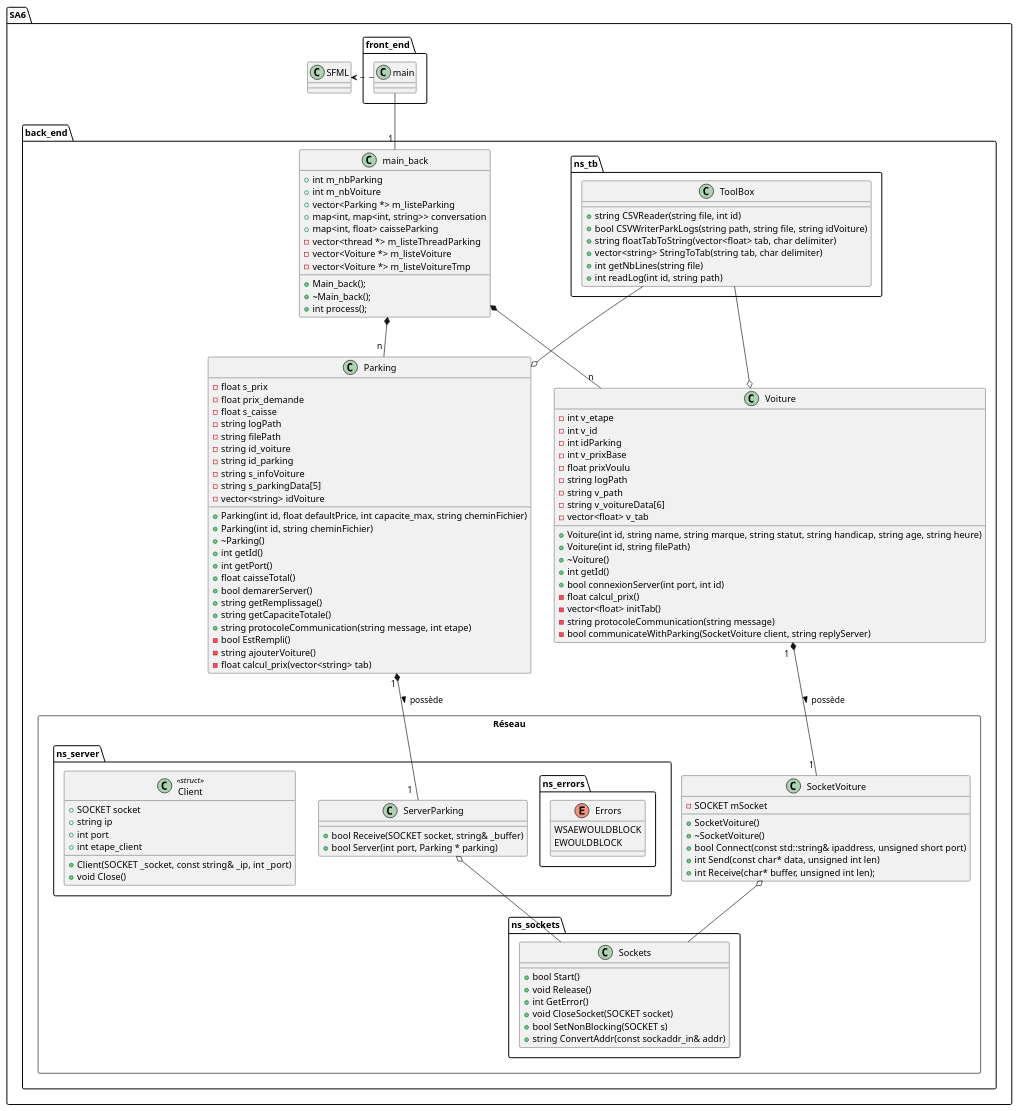
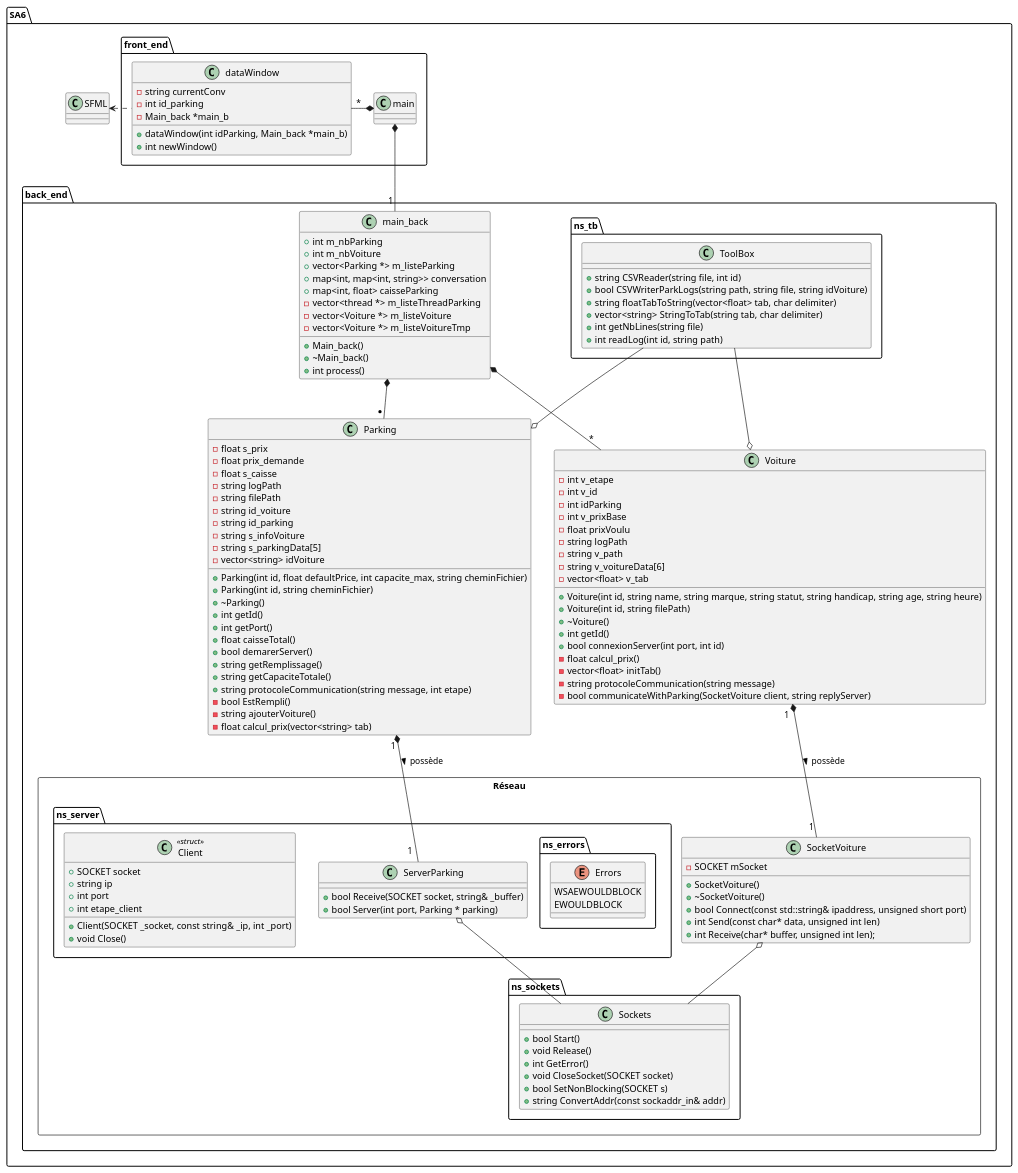
The diagram in SA6/doc/uml.plantuml (KevinFroissart/SA6_CarPark_AI), drawn with PlantUML before and after one commit. The commit also changed 34 other files, not shown here.

Commit message:
update uml and dataWindow doc

```diff
--- a/SA6/doc/uml.plantuml
+++ b/SA6/doc/uml.plantuml
@@ -1,157 +1,167 @@
 @startuml SA6_uml
 
 package SA6 {
 
     package front_end {
         class main {}
+        class dataWindow {
+            - string currentConv
+            - int id_parking
+            - Main_back *main_b
+
+            + dataWindow(int idParking, Main_back *main_b)
+            + int newWindow()
+        }
     }
 
     class SFML {}
 
     package back_end {
 
         class main_back {
             + int m_nbParking
             + int m_nbVoiture
             + vector<Parking *> m_listeParking
             + map<int, map<int, string>> conversation
             + map<int, float> caisseParking
             - vector<thread *> m_listeThreadParking
             - vector<Voiture *> m_listeVoiture
             - vector<Voiture *> m_listeVoitureTmp
 
-            + Main_back();
-            + ~Main_back();
-            + int process();
+            + Main_back()
+            + ~Main_back()
+            + int process()
         }
 
         package ns_tb {
             class ToolBox {
                 + string CSVReader(string file, int id)
                 + bool CSVWriterParkLogs(string path, string file, string idVoiture)
                 + string floatTabToString(vector<float> tab, char delimiter)
                 + vector<string> StringToTab(string tab, char delimiter)
                 + int getNbLines(string file)
                 + int readLog(int id, string path)
 
             }
         }
         
         class Parking {
             - float s_prix
             - float prix_demande
             - float s_caisse
             - string logPath
             - string filePath
             - string id_voiture
             - string id_parking
             - string s_infoVoiture
             - string s_parkingData[5]
             - vector<string> idVoiture
 
             + Parking(int id, float defaultPrice, int capacite_max, string cheminFichier)
             + Parking(int id, string cheminFichier)
             + ~Parking()
             + int getId()
             + int getPort()
             + float caisseTotal()
             + bool demarerServer()
             + string getRemplissage()
             + string getCapaciteTotale()
             + string protocoleCommunication(string message, int etape)
             - bool EstRempli()
             - string ajouterVoiture()
             - float calcul_prix(vector<string> tab)
         }
 
         Class Voiture {
             - int v_etape
             - int v_id
             - int idParking
             - int v_prixBase
             - float prixVoulu
             - string logPath
             - string v_path
             - string v_voitureData[6]
             - vector<float> v_tab
 
             + Voiture(int id, string name, string marque, string statut, string handicap, string age, string heure)
             + Voiture(int id, string filePath)
             + ~Voiture()
             + int getId()
             + bool connexionServer(int port, int id)
             - float calcul_prix()
             - vector<float> initTab()
             - string protocoleCommunication(string message)
             - bool communicateWithParking(SocketVoiture client, string replyServer)
         }
 
         package Réseau <<Rectangle>> {
 
             package ns_server {
                 Class ServerParking {
                     + bool Receive(SOCKET socket, string& _buffer)
                     + bool Server(int port, Parking * parking)
                 }
 
                 package ns_errors {
                     enum Errors {
                         WSAEWOULDBLOCK
                         EWOULDBLOCK
                     }
                 }
 
                 Class Client << struct >> {
                     + SOCKET socket
                     + string ip
                     + int port
                     + int etape_client
 
                     + Client(SOCKET _socket, const string& _ip, int _port)
                     + void Close()
                 }
             }
 
             Class SocketVoiture {
                 - SOCKET mSocket
 
                 + SocketVoiture()
                 + ~SocketVoiture()
                 + bool Connect(const std::string& ipaddress, unsigned short port)
                 + int Send(const char* data, unsigned int len)
                 + int Receive(char* buffer, unsigned int len);	
             }
 
             package ns_sockets{
 
                 Class Sockets {
 
                     + bool Start()
                     + void Release()
                     + int GetError()
                     + void CloseSocket(SOCKET socket)
                     + bool SetNonBlocking(SOCKET s)
                     + string ConvertAddr(const sockaddr_in& addr)    
                 }
             }
         }
     }
 }
 
-main .right.> SFML
-main -down-  "1 " main_back
+dataWindow .left.> SFML
 
-main_back *-- "n" Voiture
-main_back *-- "n " Parking
+main *-left- "*" dataWindow
+main *-down-  "1 " main_back
+
+main_back *-- "*" Voiture
+main_back *-- "* " Parking
 
 ToolBox --o Voiture
 ToolBox --o Parking
 
 Parking "1 " *-- "1  " ServerParking : > possède
 Voiture "1  " *-- "1 " SocketVoiture : possède >
 
 SocketVoiture o-- Sockets
 ServerParking o-- Sockets
 
 
 @enduml
```
